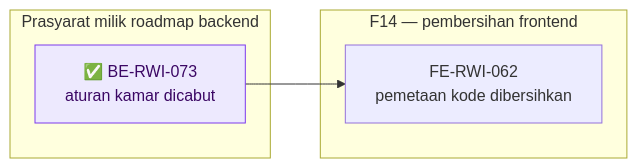
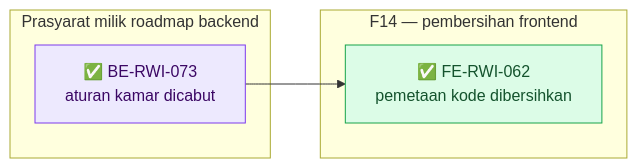
Before and after one commit to DevBenari/NewQuilvianSystemBackend: the third of 3 diagrams in docs/module-blueprints/rawat-inap/episode-rawat-inap/roadmap/frontend-roadmap.md, drawn with Mermaid. The commit also changed other lines of this file and 17 other files, not shown here.

````diff
--- a/docs/module-blueprints/rawat-inap/episode-rawat-inap/roadmap/frontend-roadmap.md
+++ b/docs/module-blueprints/rawat-inap/episode-rawat-inap/roadmap/frontend-roadmap.md
@@ -1047,16 +1052,16 @@
 ```mermaid
 flowchart LR
     classDef selesai fill:#DCFCE7,stroke:#16A34A,color:#14532D
     classDef terblokir fill:#FEE2E2,stroke:#DC2626,color:#7F1D1D
     classDef luar fill:#EDE9FE,stroke:#7C3AED,color:#3B0764
 
     subgraph be["Prasyarat milik roadmap backend"]
         BE073["✅ BE-RWI-073<br/>aturan kamar dicabut"]:::luar
     end
 
     subgraph f14["F14 — pembersihan frontend"]
-        FE062["FE-RWI-062<br/>pemetaan kode dibersihkan"]:::belum
+        FE062["✅ FE-RWI-062<br/>pemetaan kode dibersihkan"]:::selesai
     end
 
     BE073 --> FE062
 ```
````
